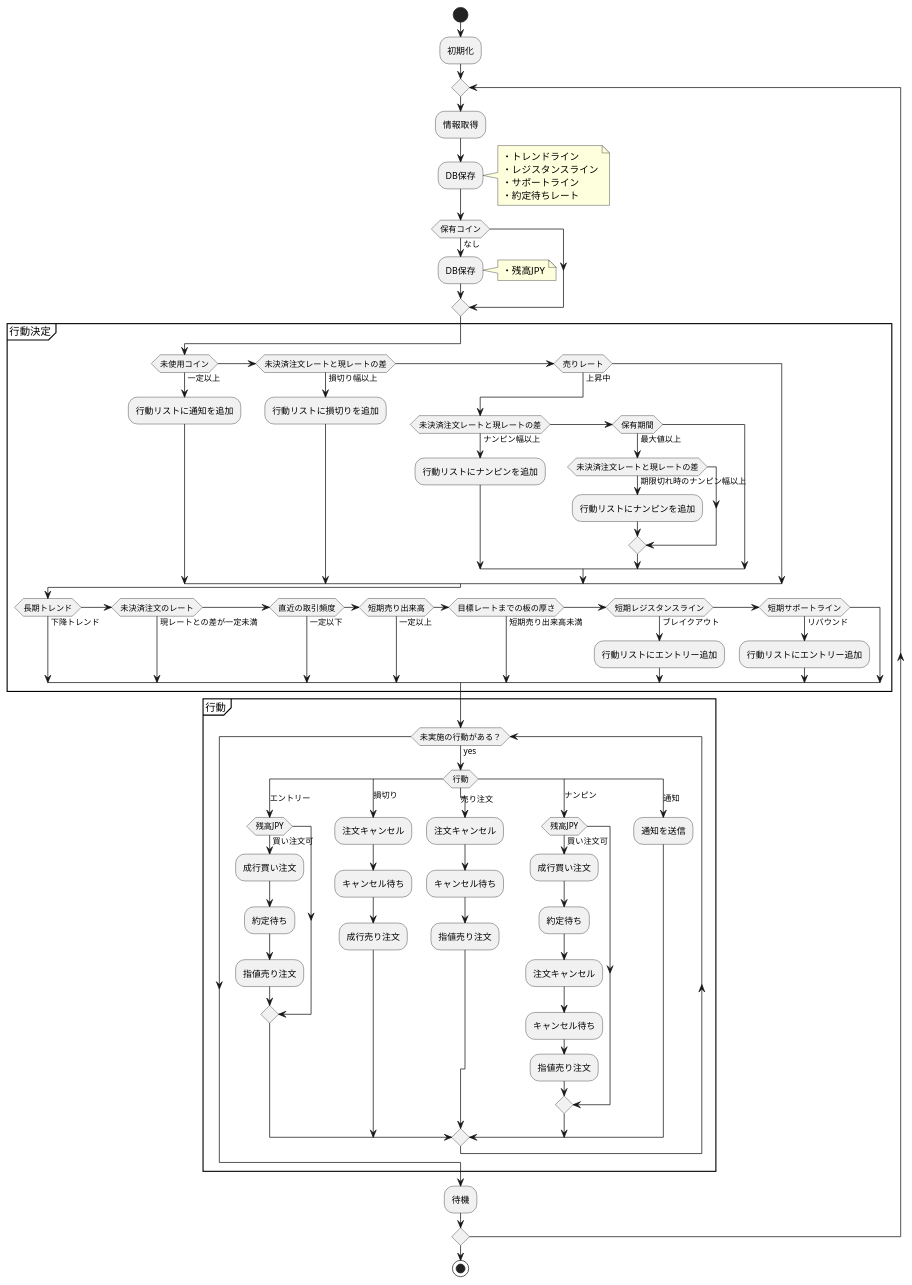
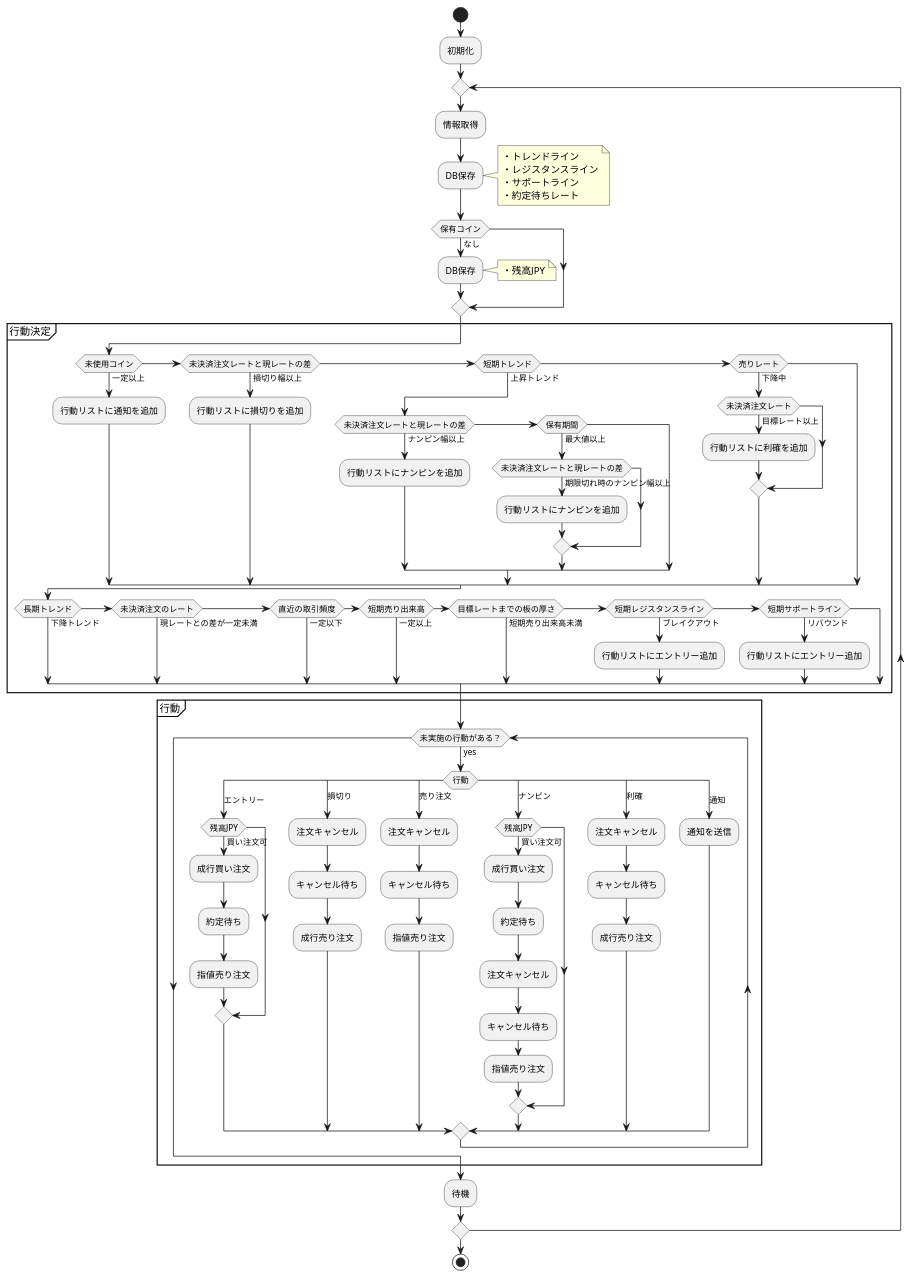
Before and after one commit to canpok1/trading-bot-rust: the diagram in docs/bot.plantuml, drawn with PlantUML. The commit also changed 8 other files, not shown here.

```diff
--- a/docs/bot.plantuml
+++ b/docs/bot.plantuml
@@ -1,86 +1,94 @@
 @startuml trading-bot-rust
 start
 
 :初期化;
 
 repeat
     :情報取得;
 
     :DB保存;
     note right
         ・トレンドライン
         ・レジスタンスライン
         ・サポートライン
         ・約定待ちレート
     end note
 
     if (保有コイン) then (なし)
         :DB保存;
         note right
             ・残高JPY
         end note
     endif
 
     partition 行動決定 {
         if (未使用コイン) then (一定以上)
             :行動リストに通知を追加;
         elseif (未決済注文レートと現レートの差) then (損切り幅以上)
             :行動リストに損切りを追加;
-        elseif (売りレート) then (上昇中)
+        elseif (短期トレンド) then (上昇トレンド)
             if (未決済注文レートと現レートの差) then (ナンピン幅以上)
                 :行動リストにナンピンを追加;
             elseif (保有期間) then (最大値以上)
                 if (未決済注文レートと現レートの差) then (期限切れ時のナンピン幅以上)
                     :行動リストにナンピンを追加;
                 endif
+            endif
+        elseif (売りレート) then (下降中)
+            if (未決済注文レート) then (目標レート以上)
+                :行動リストに利確を追加;
             endif
         endif
 
         if (長期トレンド) then (下降トレンド)
         elseif (未決済注文のレート) then (現レートとの差が一定未満)
         elseif (直近の取引頻度) then (一定以下)
         elseif (短期売り出来高) then (一定以上)
         elseif (目標レートまでの板の厚さ) then (短期売り出来高未満)
         elseif (短期レジスタンスライン) then (ブレイクアウト)
             :行動リストにエントリー追加;
         elseif (短期サポートライン) then (リバウンド)
             :行動リストにエントリー追加;
         endif
     }
 
     partition 行動 {
         while (未実施の行動がある？) is (yes)
             switch (行動)
             case (エントリー)
                 if (残高JPY) then (買い注文可)
                     :成行買い注文;
                     :約定待ち;
                     :指値売り注文;
                 endif
             case (損切り)
                 :注文キャンセル;
                 :キャンセル待ち;
                 :成行売り注文;
             case (売り注文)
                 :注文キャンセル;
                 :キャンセル待ち;
                 :指値売り注文;
             case (ナンピン)
                 if (残高JPY) then (買い注文可)
                     :成行買い注文;
                     :約定待ち;
                     :注文キャンセル;
                     :キャンセル待ち;
                     :指値売り注文;
                 endif
+            case (利確)
+                :注文キャンセル;
+                :キャンセル待ち;
+                :成行売り注文;
             case (通知)
                 :通知を送信;
             endswitch
         endwhile
     }
 
     :待機;
 repeat while
 
 stop
 @enduml
```
